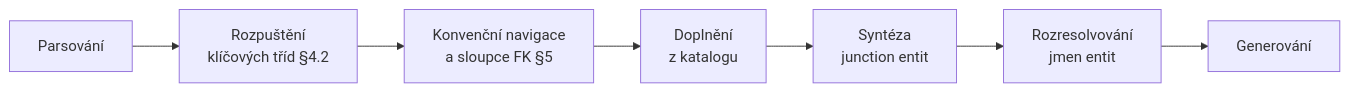
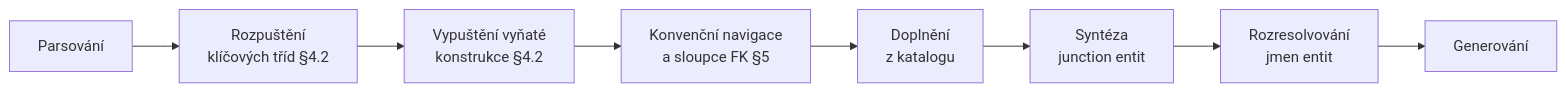
The sixth of 21 diagrams in docs/architecture.md (MiraStochel/orm-convertor), drawn with Mermaid before and after one commit. The commit also changed other lines of this file and 68 other files, not shown here.

````diff
--- a/docs/architecture.md
+++ b/docs/architecture.md
@@ -298,9 +298,10 @@
 ```mermaid
 flowchart LR
     P["Parsování"] --> K["Rozpuštění<br/>klíčových tříd §4.2"]
-    K --> N["Konvenční navigace<br/>a sloupce FK §5"]
+    K --> X["Vypuštění vyňaté<br/>konstrukce §4.2"]
+    X --> N["Konvenční navigace<br/>a sloupce FK §5"]
     N --> C["Doplnění<br/>z katalogu"]
     C --> J["Syntéza<br/>junction entit"]
     J --> R["Rozresolvování<br/>jmen entit"]
     R --> G["Generování"]
 ```
````
